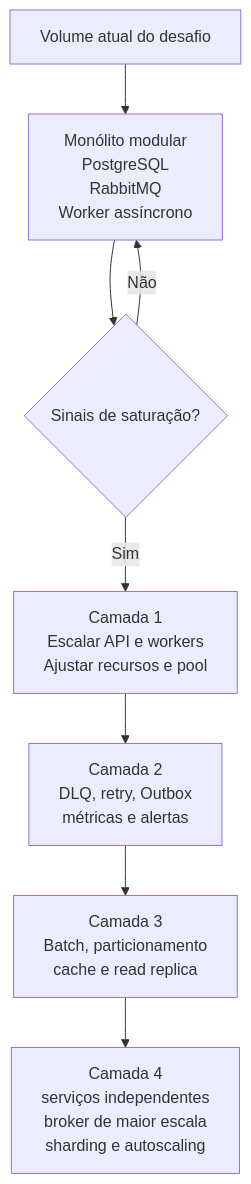
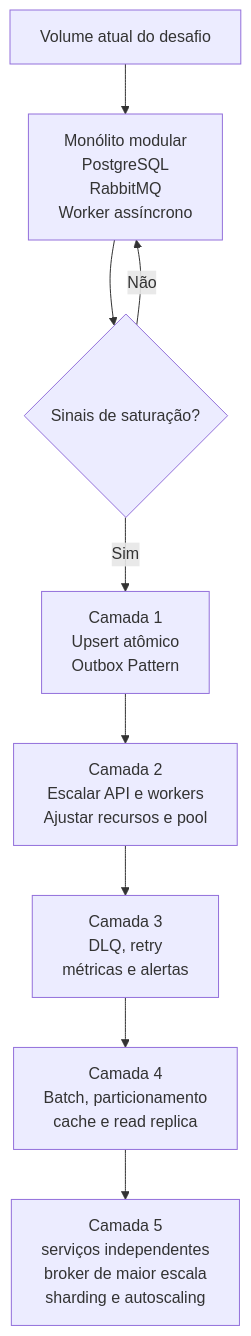
The diagram in docs/scalability.md (evosoftwares/cashflow-challenge-Gabriel), drawn with Mermaid before and after one commit. The commit also changed other lines of this file and 3 other files, not shown here.

Commit message:
Prioritize atomic upsert and outbox evolution

````diff
--- a/docs/scalability.md
+++ b/docs/scalability.md
@@ -84,18 +144,20 @@
 ```mermaid
 flowchart TD
     START[Volume atual do desafio]
     CURRENT[Monólito modular<br/>PostgreSQL<br/>RabbitMQ<br/>Worker assíncrono]
     ALERTS{Sinais de saturação?}
-    L1[Camada 1<br/>Escalar API e workers<br/>Ajustar recursos e pool]
-    L2[Camada 2<br/>DLQ, retry, Outbox<br/>métricas e alertas]
-    L3[Camada 3<br/>Batch, particionamento<br/>cache e read replica]
-    L4[Camada 4<br/>serviços independentes<br/>broker de maior escala<br/>sharding e autoscaling]
+    L1[Camada 1<br/>Upsert atômico<br/>Outbox Pattern]
+    L2[Camada 2<br/>Escalar API e workers<br/>Ajustar recursos e pool]
+    L3[Camada 3<br/>DLQ, retry<br/>métricas e alertas]
+    L4[Camada 4<br/>Batch, particionamento<br/>cache e read replica]
+    L5[Camada 5<br/>serviços independentes<br/>broker de maior escala<br/>sharding e autoscaling]
 
     START --> CURRENT
     CURRENT --> ALERTS
     ALERTS -->|Não| CURRENT
     ALERTS -->|Sim| L1
     L1 --> L2
     L2 --> L3
     L3 --> L4
+    L4 --> L5
 ```
````
